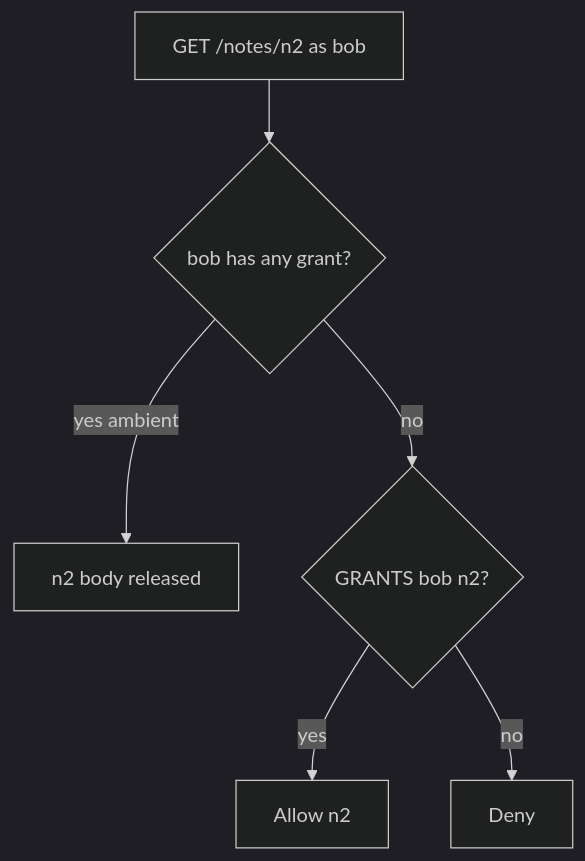
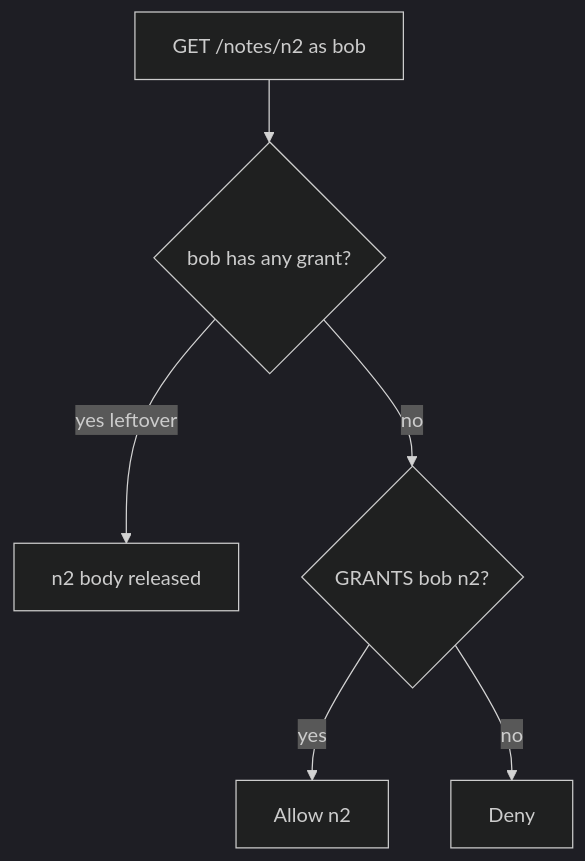
Before and after one commit to ishitvagoel/LearnSecurity: the first of 2 diagrams in content/modules/4/4.4/lessons/01-property.md, drawn with Mermaid (dark theme). The commit also changed other lines of this file and 39 other files, not shown here.

````diff
--- a/content/modules/4/4.4/lessons/01-property.md
+++ b/content/modules/4/4.4/lessons/01-property.md
@@ -19,8 +20,8 @@
 ```mermaid
 flowchart TD
   Req["GET /notes/n2 as bob"] --> Flag{"bob has any grant?"}
-  Flag -->|yes ambient| Leak["n2 body released"]
+  Flag -->|yes leftover| Leak["n2 body released"]
   Flag -->|no| Lookup{"GRANTS bob n2?"}
   Lookup -->|yes| Ok["Allow n2"]
   Lookup -->|no| Deny["Deny"]
 ```
````
